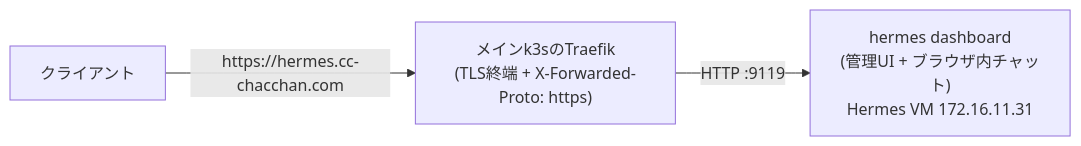
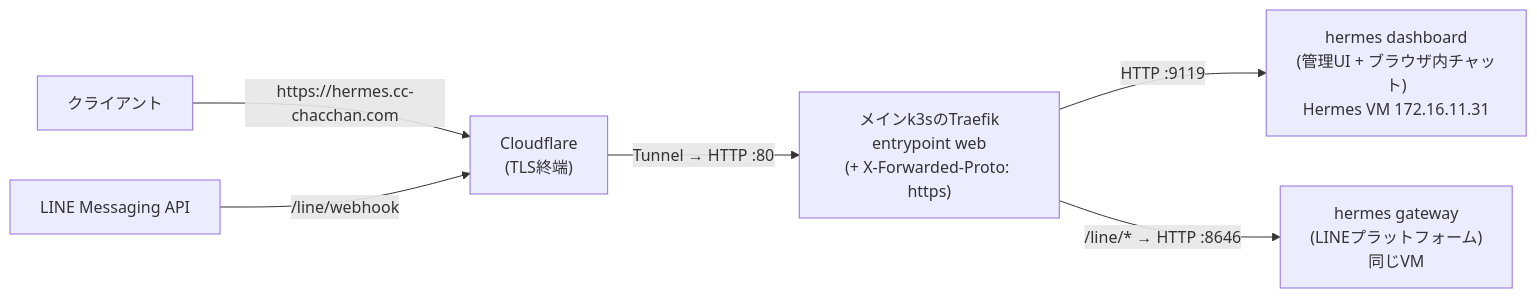
The first of 2 diagrams in docs/vm/hermes.md (CHACCHAN/infrastructure), drawn with Mermaid before and after one commit. The commit also changed other lines of this file and 61 other files, not shown here.

````diff
--- a/docs/vm/hermes.md
+++ b/docs/vm/hermes.md
@@ -21,5 +21,8 @@
 ```mermaid
 flowchart LR
-    C[クライアント] -->|"https://hermes.cc-chacchan.com"| T["メインk3sのTraefik<br>(TLS終端 + X-Forwarded-Proto: https)"]
+    C[クライアント] -->|"https://hermes.cc-chacchan.com"| CF["Cloudflare<br>(TLS終端)"]
+    LN["LINE Messaging API"] -->|"/line/webhook"| CF
+    CF -->|"Tunnel → HTTP :80"| T["メインk3sのTraefik<br>entrypoint web<br>(+ X-Forwarded-Proto: https)"]
     T -->|"HTTP :9119"| D["hermes dashboard<br>(管理UI + ブラウザ内チャット)<br>Hermes VM 172.16.11.31"]
+    T -->|"/line/* → HTTP :8646"| G["hermes gateway<br>(LINEプラットフォーム)<br>同じVM"]
 ```
````
